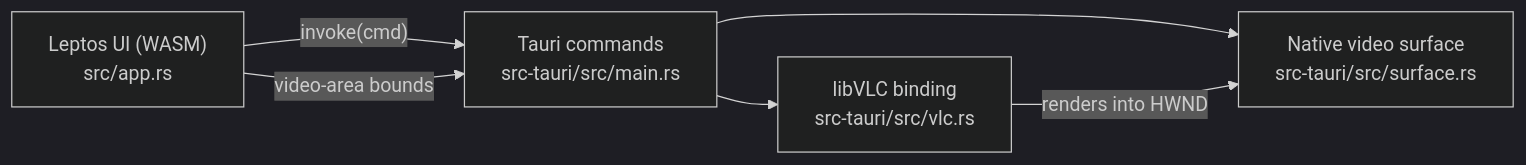
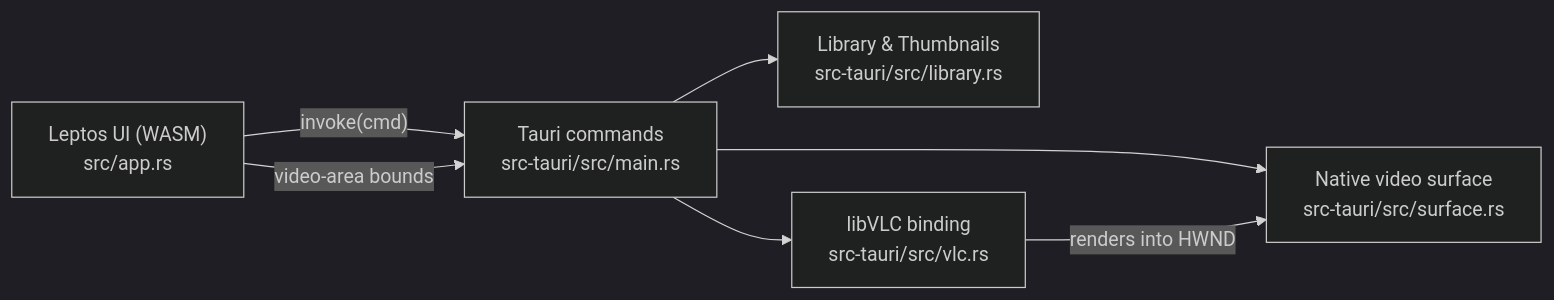
Before and after one commit to prikshitRoy/Dotara: the diagram in README.md, drawn with Mermaid (dark theme). The commit also changed other lines of this file and 8 other files, not shown here.

First line of the commit message:
feat(library): add docked library side menu with audio/video thumbnails

````diff
--- a/README.md
+++ b/README.md
@@ -41,8 +40,9 @@
 ```mermaid
 flowchart LR
     UI["Leptos UI (WASM)<br/>src/app.rs"] -- "invoke(cmd)" --> CMD["Tauri commands<br/>src-tauri/src/main.rs"]
+    CMD --> LIB["Library & Thumbnails<br/>src-tauri/src/library.rs"]
     CMD --> VLC["libVLC binding<br/>src-tauri/src/vlc.rs"]
     CMD --> SURF["Native video surface<br/>src-tauri/src/surface.rs"]
     VLC -- "renders into HWND" --> SURF
     UI -- "video-area bounds" --> CMD
 ```
````
